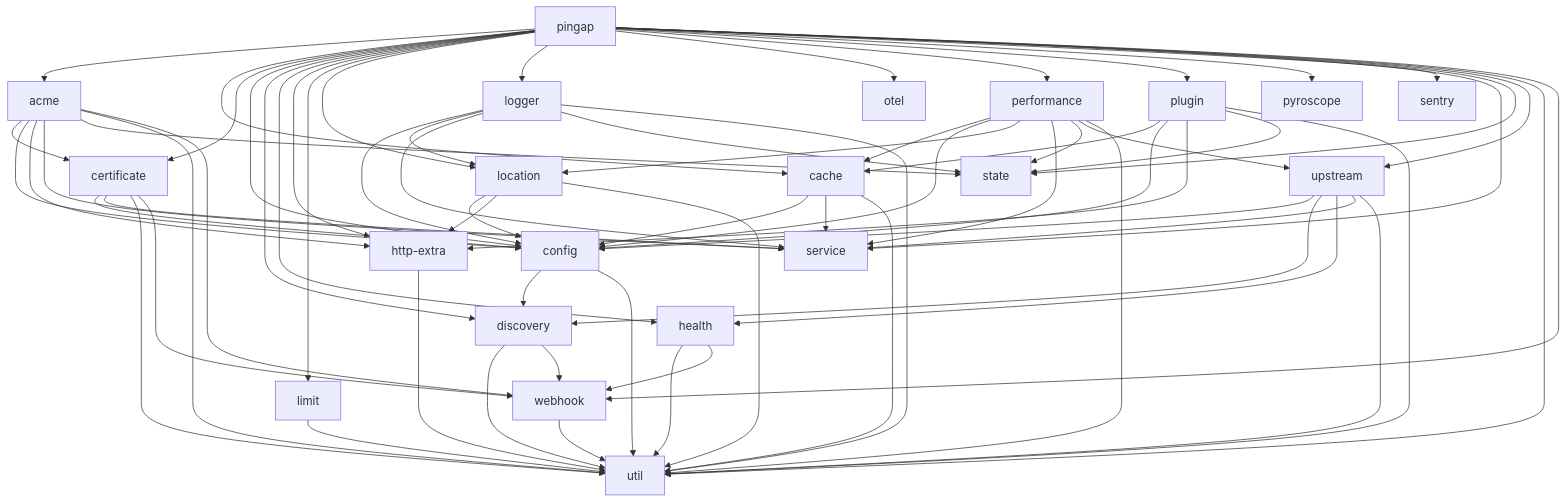
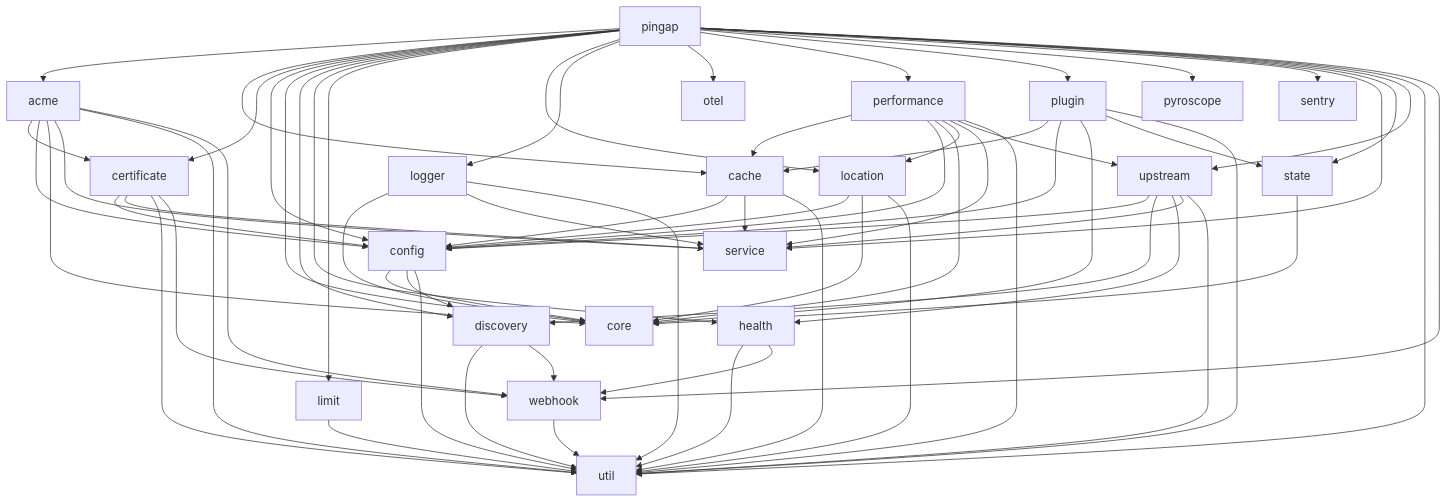
The diagram in docs/modules.md (vicanso/pingap), drawn with Mermaid before and after one commit. The commit also changed 50 other files, not shown here.

Commit message:
refactor: adjust pingap core

```diff
--- a/docs/modules.md
+++ b/docs/modules.md
@@ -4,9 +4,8 @@
 graph TD
     acme --> certificate
     acme --> config
-    acme --> http-extra
+    acme --> core
     acme --> service
-    acme --> state
     acme --> util
     acme --> webhook
 
@@ -19,6 +18,7 @@
     certificate --> util
     certificate --> webhook
 
+    config --> core
     config --> discovery
     config --> util
 
@@ -28,33 +28,31 @@
     health --> util
     health --> webhook
 
-    http-extra --> util
-
     limit --> util
 
     location --> config
-    location --> http-extra
+    location --> core
     location --> util
 
-    logger --> config
-    logger --> location
+    logger --> core
     logger --> service
-    logger --> state
     logger --> util
 
     performance --> cache
     performance --> config
+    performance --> core
     performance --> location
     performance --> service
-    performance --> state
     performance --> upstream
     performance --> util
 
     plugin --> cache
     plugin --> config
-    plugin --> http-extra
+    plugin --> core
     plugin --> state
     plugin --> util
+
+    state --> core
 
     upstream --> config
     upstream --> discovery
@@ -68,9 +66,9 @@
     pingap --> cache
     pingap --> certificate
     pingap --> config
+    pingap --> core
     pingap --> discovery
     pingap --> health
-    pingap --> http-extra
     pingap --> limit
     pingap --> location
     pingap --> logger
```
